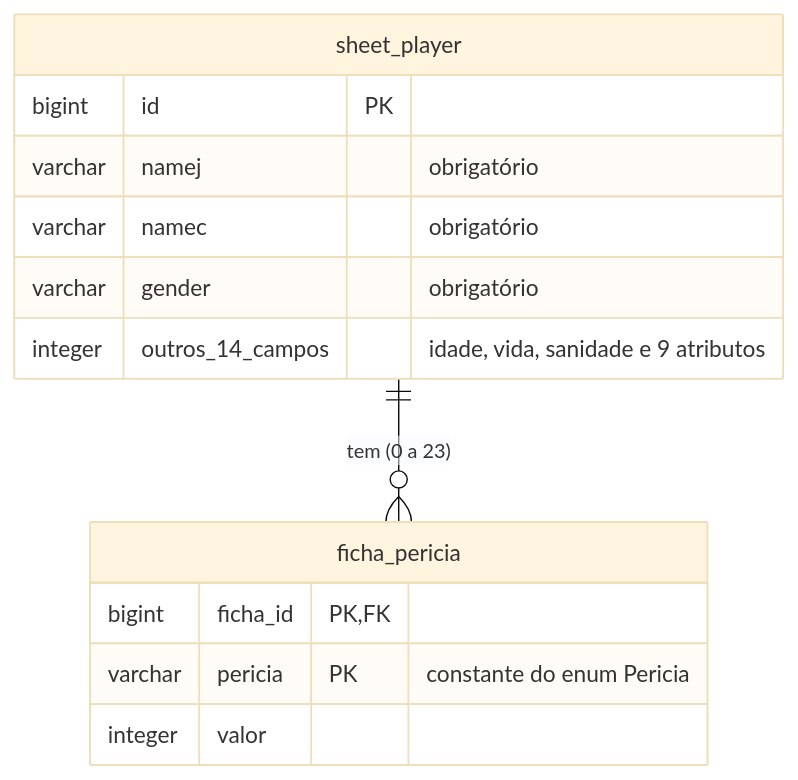
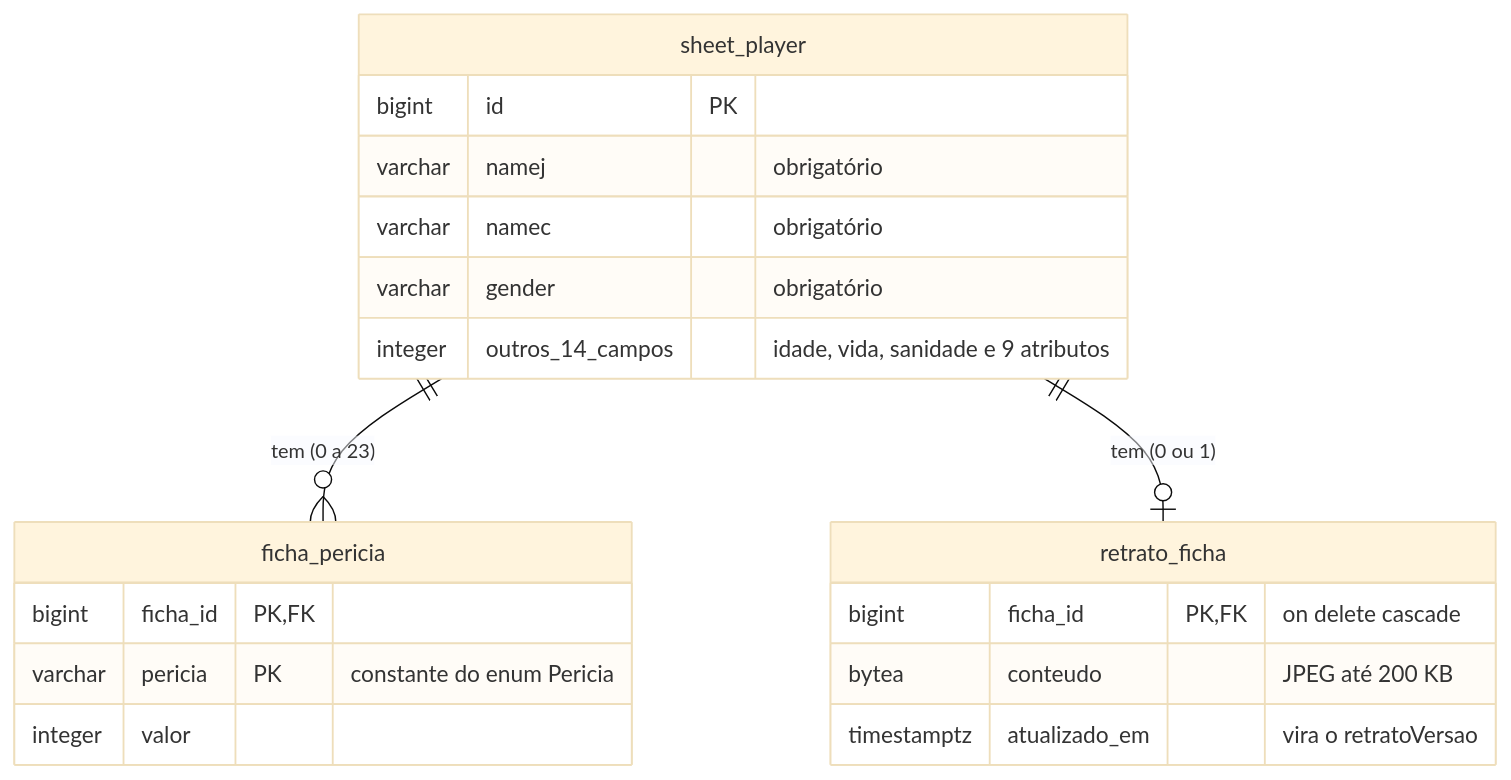
Before and after one commit to Deive25/Gerenciador-de-Fichas-RPG: the second of 2 diagrams in README.md, drawn with Mermaid (base theme). The commit also changed other lines of this file and 3 other files, not shown here.

````diff
--- a/README.md
+++ b/README.md
@@ -179,16 +192,22 @@
 ```mermaid
 erDiagram
     sheet_player ||--o{ ficha_pericia : "tem (0 a 23)"
+    sheet_player ||--o| retrato_ficha : "tem (0 ou 1)"
     sheet_player {
         bigint id PK
         varchar namej "obrigatório"
         varchar namec "obrigatório"
         varchar gender "obrigatório"
         integer outros_14_campos "idade, vida, sanidade e 9 atributos"
     }
     ficha_pericia {
         bigint ficha_id PK, FK
         varchar pericia PK "constante do enum Pericia"
         integer valor
     }
+    retrato_ficha {
+        bigint ficha_id PK, FK "on delete cascade"
+        bytea conteudo "JPEG até 200 KB"
+        timestamptz atualizado_em "vira o retratoVersao"
+    }
 ```
````
